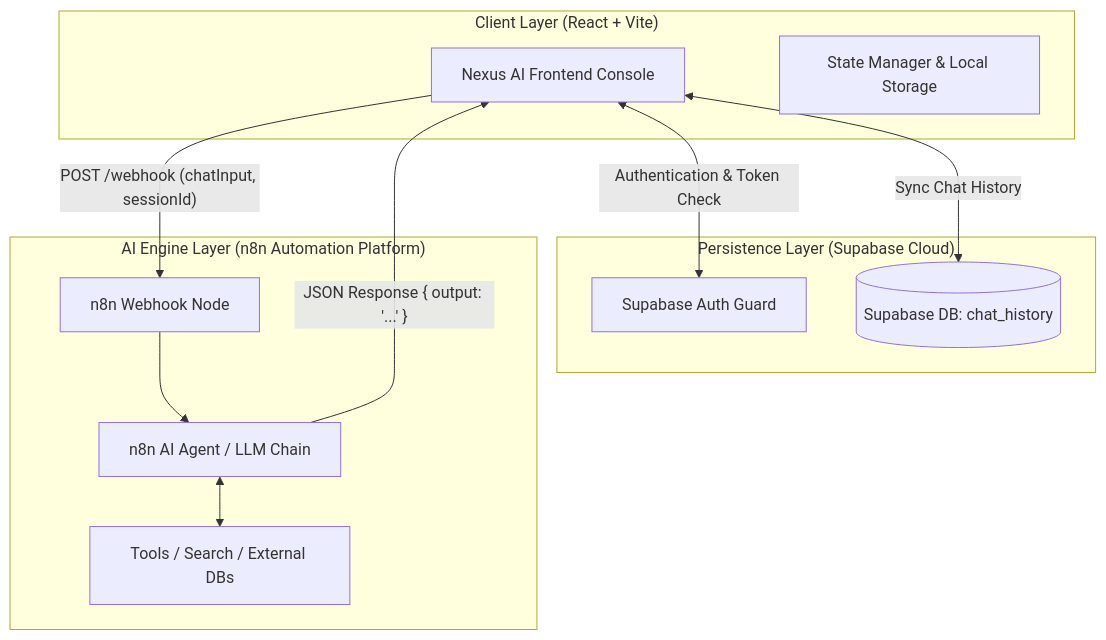
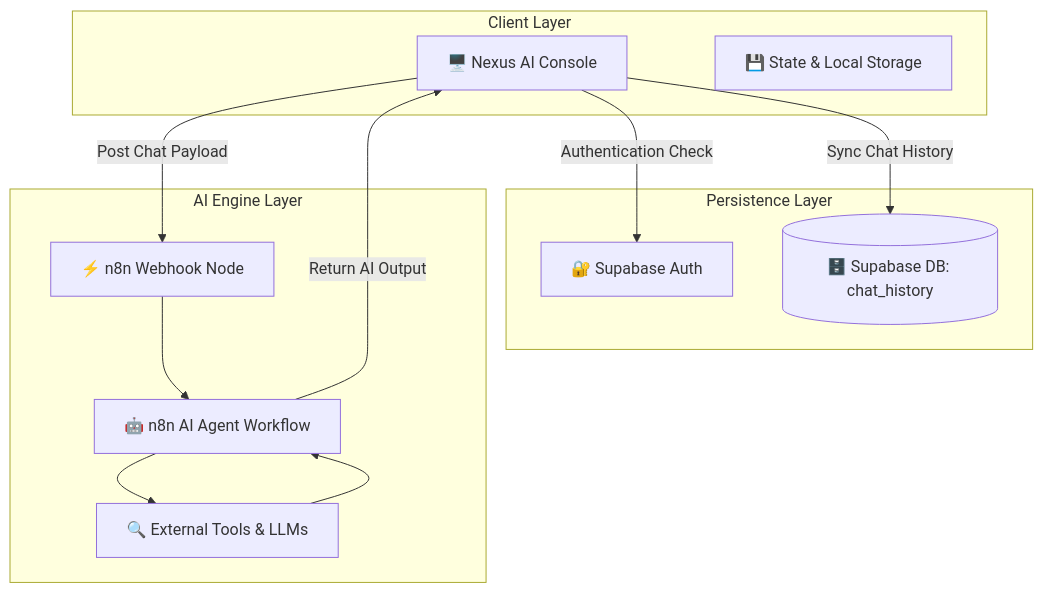
Before and after one commit to Mohsin-Ali-Rana/ChatBot: the diagram in README.md, drawn with Mermaid.

````diff
--- a/README.md
+++ b/README.md
@@ -73,25 +73,26 @@
 ```mermaid
 flowchart TD
-    subgraph Client ["Client Layer (React + Vite)"]
-        UI["Nexus AI Frontend Console"]
-        State["State Manager & Local Storage"]
+    subgraph Client ["Client Layer"]
+        UI["🖥️ Nexus AI Console"]
+        State["💾 State & Local Storage"]
     end
 
-    subgraph AuthDB ["Persistence Layer (Supabase Cloud)"]
-        Auth["Supabase Auth Guard"]
-        DB[(Supabase DB: chat_history)]
+    subgraph AuthDB ["Persistence Layer"]
+        Auth["🔐 Supabase Auth"]
+        DB[("🗄️ Supabase DB: chat_history")]
     end
 
-    subgraph Automation ["AI Engine Layer (n8n Automation Platform)"]
-        WebhookNode["n8n Webhook Node"]
-        AgentNode["n8n AI Agent / LLM Chain"]
-        Tools["Tools / Search / External DBs"]
+    subgraph Automation ["AI Engine Layer"]
+        WebhookNode["⚡ n8n Webhook Node"]
+        AgentNode["🤖 n8n AI Agent Workflow"]
+        Tools["🔍 External Tools & LLMs"]
     end
 
-    UI <-->|"Authentication & Token Check"| Auth
-    UI <-->|"Sync Chat History"| DB
-    UI -->|"POST /webhook (chatInput, sessionId)"| WebhookNode
+    UI -->|"Authentication Check"| Auth
+    UI -->|"Sync Chat History"| DB
+    UI -->|"Post Chat Payload"| WebhookNode
     WebhookNode --> AgentNode
-    AgentNode <--> Tools
-    AgentNode -->|"JSON Response { output: '...' }"| UI
+    AgentNode --> Tools
+    Tools --> AgentNode
+    AgentNode -->|"Return AI Output"| UI
 ```
````
